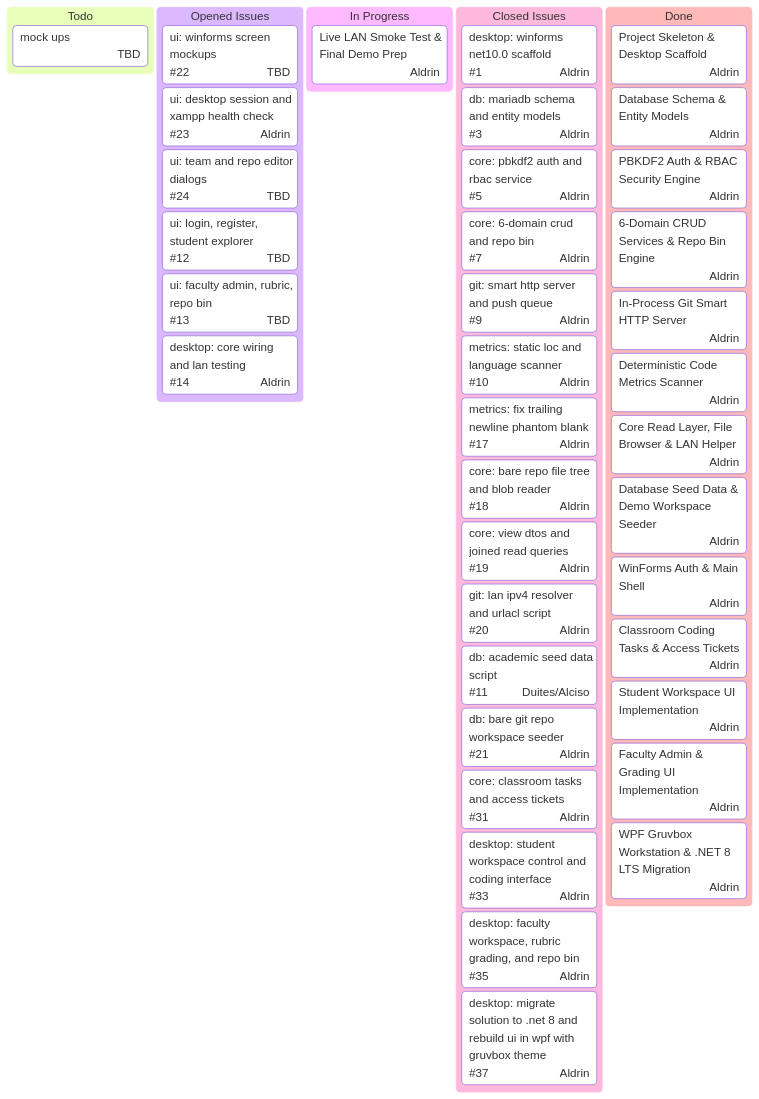
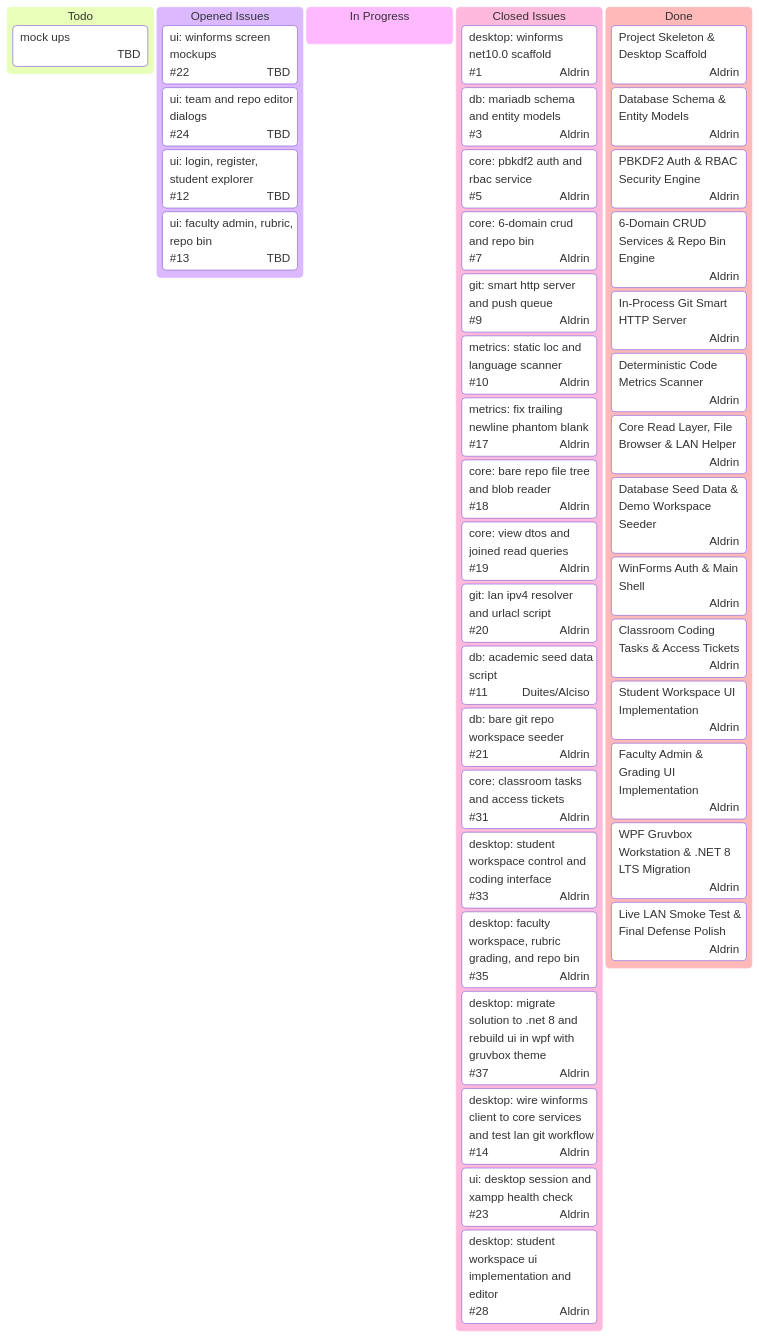
One commit to frtzhahn/repo-vault changed the diagram in README.md. Above: the diagram before and after it, drawn with Mermaid. The commit also changed 4 other files, not shown here.

Commit message:
feat(desktop): remove quick demo login controls and purge demo UI labels

````diff
--- a/README.md
+++ b/README.md
@@ -34,45 +34,46 @@
 ```mermaid
 kanban
   [Todo]
     [mock ups]@{ assigned: 'TBD' }
   [Opened Issues]
     [ui: winforms screen mockups]@{ assigned: 'TBD', ticket: '#22' }
-    [ui: desktop session and xampp health check]@{ assigned: 'Aldrin', ticket: '#23' }
     [ui: team and repo editor dialogs]@{ assigned: 'TBD', ticket: '#24' }
     [ui: login, register, student explorer]@{ assigned: 'TBD', ticket: '#12' }
     [ui: faculty admin, rubric, repo bin]@{ assigned: 'TBD', ticket: '#13' }
-    [desktop: core wiring and lan testing]@{ assigned: 'Aldrin', ticket: '#14' }
   [In Progress]
-    [Live LAN Smoke Test & Final Demo Prep]@{ assigned: 'Aldrin' }
   [Closed Issues]
     [desktop: winforms net10.0 scaffold]@{ assigned: 'Aldrin', ticket: '#1' }
     [db: mariadb schema and entity models]@{ assigned: 'Aldrin', ticket: '#3' }
     [core: pbkdf2 auth and rbac service]@{ assigned: 'Aldrin', ticket: '#5' }
     [core: 6-domain crud and repo bin]@{ assigned: 'Aldrin', ticket: '#7' }
     [git: smart http server and push queue]@{ assigned: 'Aldrin', ticket: '#9' }
     [metrics: static loc and language scanner]@{ assigned: 'Aldrin', ticket: '#10' }
     [metrics: fix trailing newline phantom blank]@{ assigned: 'Aldrin', ticket: '#17' }
     [core: bare repo file tree and blob reader]@{ assigned: 'Aldrin', ticket: '#18' }
     [core: view dtos and joined read queries]@{ assigned: 'Aldrin', ticket: '#19' }
     [git: lan ipv4 resolver and urlacl script]@{ assigned: 'Aldrin', ticket: '#20' }
     [db: academic seed data script]@{ assigned: 'Duites/Alciso', ticket: '#11' }
     [db: bare git repo workspace seeder]@{ assigned: 'Aldrin', ticket: '#21' }
     [core: classroom tasks and access tickets]@{ assigned: 'Aldrin', ticket: '#31' }
     [desktop: student workspace control and coding interface]@{ assigned: 'Aldrin', ticket: '#33' }
     [desktop: faculty workspace, rubric grading, and repo bin]@{ assigned: 'Aldrin', ticket: '#35' }
     [desktop: migrate solution to .net 8 and rebuild ui in wpf with gruvbox theme]@{ assigned: 'Aldrin', ticket: '#37' }
+    [desktop: wire winforms client to core services and test lan git workflow]@{ assigned: 'Aldrin', ticket: '#14' }
+    [ui: desktop session and xampp health check]@{ assigned: 'Aldrin', ticket: '#23' }
+    [desktop: student workspace ui implementation and editor]@{ assigned: 'Aldrin', ticket: '#28' }
   [Done]
     [Project Skeleton & Desktop Scaffold]@{ assigned: 'Aldrin' }
     [Database Schema & Entity Models]@{ assigned: 'Aldrin' }
     [PBKDF2 Auth & RBAC Security Engine]@{ assigned: 'Aldrin' }
     [6-Domain CRUD Services & Repo Bin Engine]@{ assigned: 'Aldrin' }
     [In-Process Git Smart HTTP Server]@{ assigned: 'Aldrin' }
     [Deterministic Code Metrics Scanner]@{ assigned: 'Aldrin' }
     [Core Read Layer, File Browser & LAN Helper]@{ assigned: 'Aldrin' }
     [Database Seed Data & Demo Workspace Seeder]@{ assigned: 'Aldrin' }
     [WinForms Auth & Main Shell]@{ assigned: 'Aldrin' }
     [Classroom Coding Tasks & Access Tickets]@{ assigned: 'Aldrin' }
     [Student Workspace UI Implementation]@{ assigned: 'Aldrin' }
     [Faculty Admin & Grading UI Implementation]@{ assigned: 'Aldrin' }
     [WPF Gruvbox Workstation & .NET 8 LTS Migration]@{ assigned: 'Aldrin' }
+    [Live LAN Smoke Test & Final Defense Polish]@{ assigned: 'Aldrin' }
 ```
````
